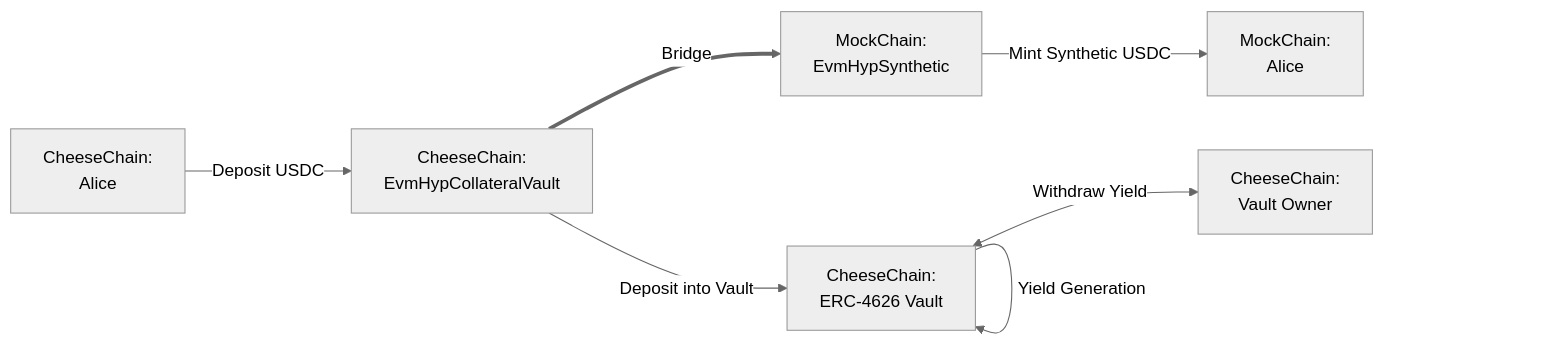
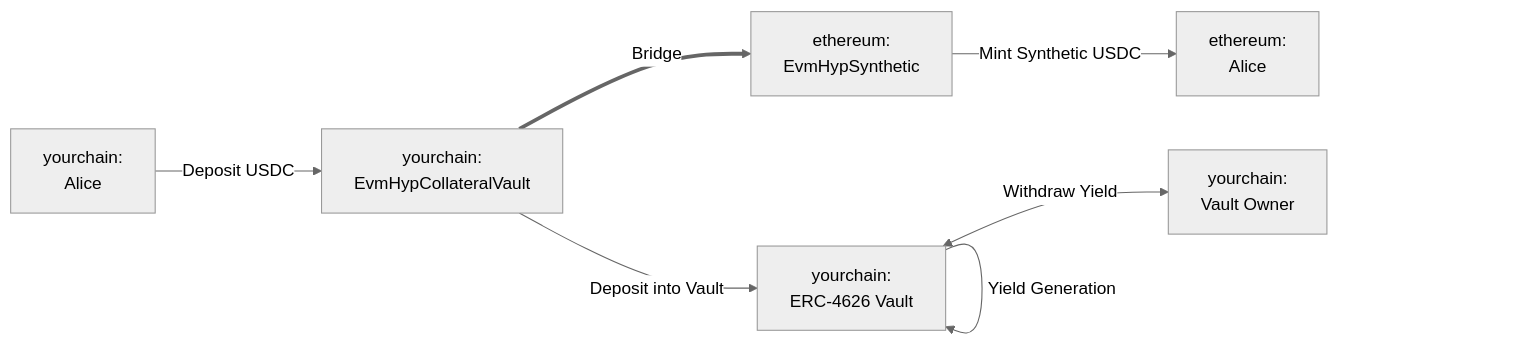
One commit to hyperlane-xyz/v3-docs changed the first of 2 diagrams in docs/protocol/warp-routes/warp-routes-yield-routes.mdx. Above: the diagram before and after it, drawn with Mermaid (neutral theme). The commit also changed other lines of this file, not shown here.

Commit message:
update yield routes walkthrough

````diff
--- a/docs/protocol/warp-routes/warp-routes-yield-routes.mdx
+++ b/docs/protocol/warp-routes/warp-routes-yield-routes.mdx
@@ -45,9 +39,9 @@
     ```mermaid
     flowchart LR
-        A[CheeseChain:<br>Alice] -->|Deposit USDC| B[CheeseChain:<br>EvmHypCollateralVault]
-        B -->|Deposit into Vault| C[CheeseChain:<br>ERC-4626 Vault]
+        A[yourchain:<br>Alice] -->|Deposit USDC| B[yourchain:<br>EvmHypCollateralVault]
+        B -->|Deposit into Vault| C[yourchain:<br>ERC-4626 Vault]
         C -->|Yield Generation| C
-        B ==>|Bridge| E[MockChain:<br>EvmHypSynthetic]
-        E -->|Mint Synthetic USDC| F[MockChain:<br>Alice]
-        C[CheeseChain:<br>ERC-4626 Vault] <-->|Withdraw Yield| G[CheeseChain:<br>Vault Owner]
+        B ==>|Bridge| E[ethereum:<br>EvmHypSynthetic]
+        E -->|Mint Synthetic USDC| F[ethereum:<br>Alice]
+        C[yourchain:<br>ERC-4626 Vault] <-->|Withdraw Yield| G[yourchain:<br>Vault Owner]
     ```
````
